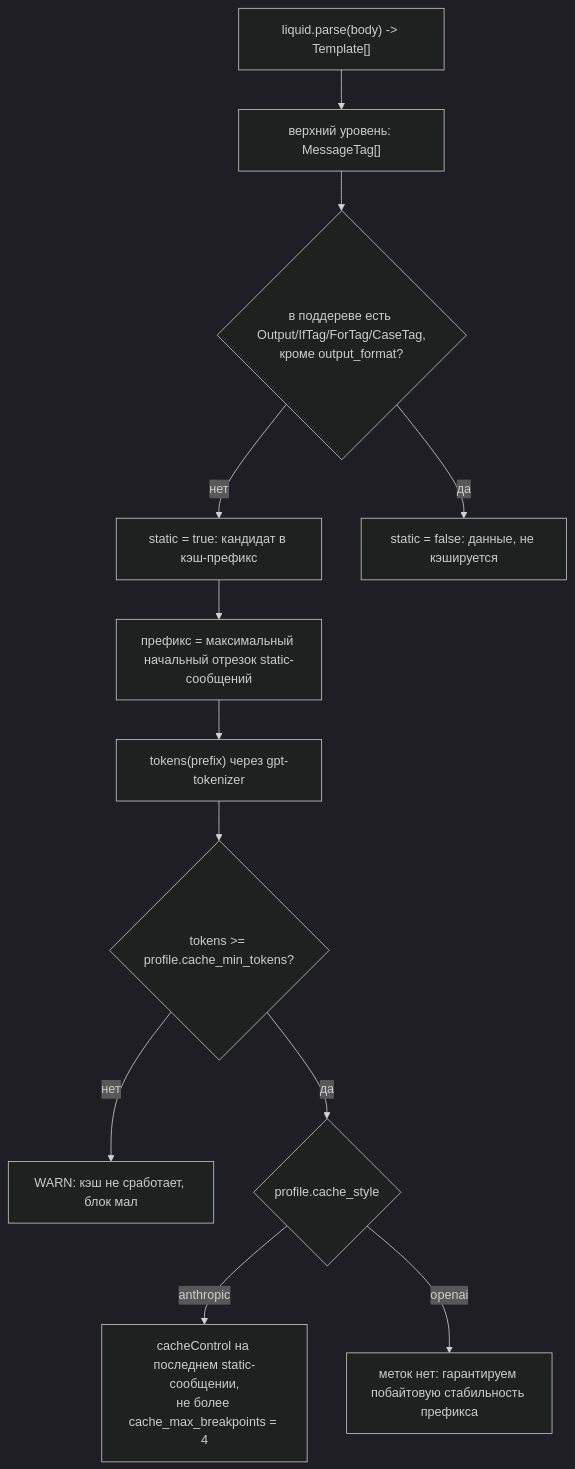
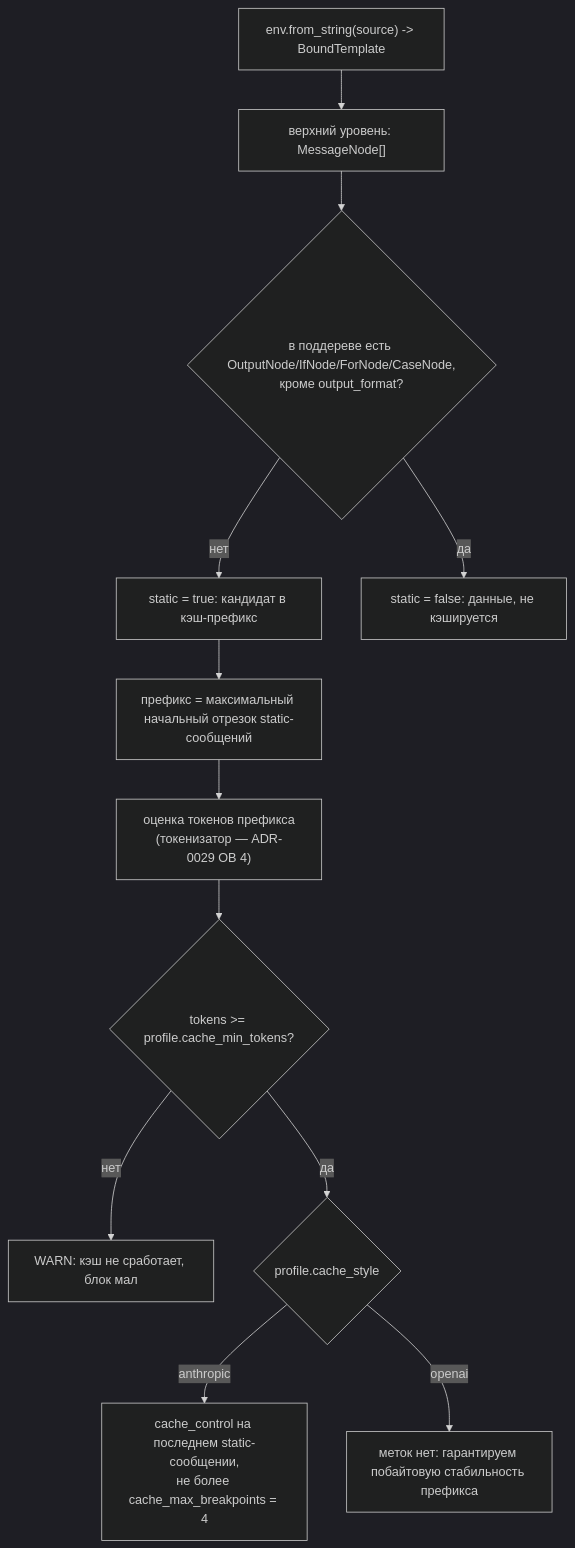
One commit to lastonoga/AQVEN changed the diagram in docs/08-prompts.md. Above: the diagram before and after it, drawn with Mermaid (dark theme). The commit also changed other lines of this file and 476 other files, not shown here.

````diff
--- a/docs/08-prompts.md
+++ b/docs/08-prompts.md
@@ -339,14 +409,14 @@
 ```mermaid
 flowchart TD
-  A["liquid.parse(body) -> Template[]"] --> B["верхний уровень: MessageTag[]"]
-  B --> C{"в поддереве есть Output/IfTag/ForTag/CaseTag,<br/>кроме output_format?"}
+  A["env.from_string(source) -> BoundTemplate"] --> B["верхний уровень: MessageNode[]"]
+  B --> C{"в поддереве есть OutputNode/IfNode/ForNode/CaseNode,<br/>кроме output_format?"}
   C -->|нет| D["static = true: кандидат в кэш-префикс"]
   C -->|да| E["static = false: данные, не кэшируется"]
   D --> F["префикс = максимальный начальный отрезок static-сообщений"]
-  F --> G["tokens(prefix) через gpt-tokenizer"]
+  F --> G["оценка токенов префикса<br/>(токенизатор — ADR-0029 ОВ 4)"]
   G --> H{"tokens >= profile.cache_min_tokens?"}
   H -->|нет| I["WARN: кэш не сработает, блок мал"]
   H -->|да| J{"profile.cache_style"}
-  J -->|anthropic| K["cacheControl на последнем static-сообщении,<br/>не более cache_max_breakpoints = 4"]
+  J -->|anthropic| K["cache_control на последнем static-сообщении,<br/>не более cache_max_breakpoints = 4"]
   J -->|openai| L["меток нет: гарантируем побайтовую стабильность префикса"]
 ```
````
